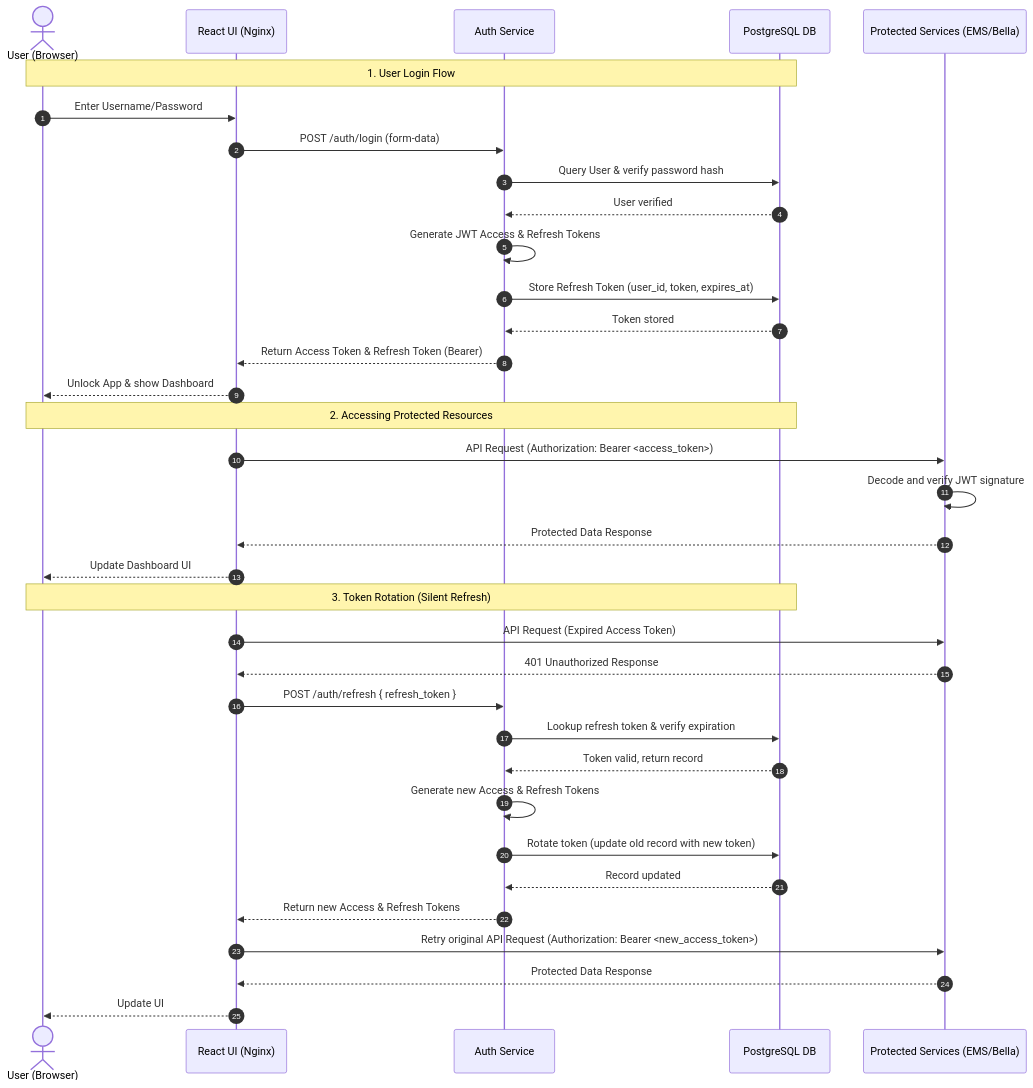
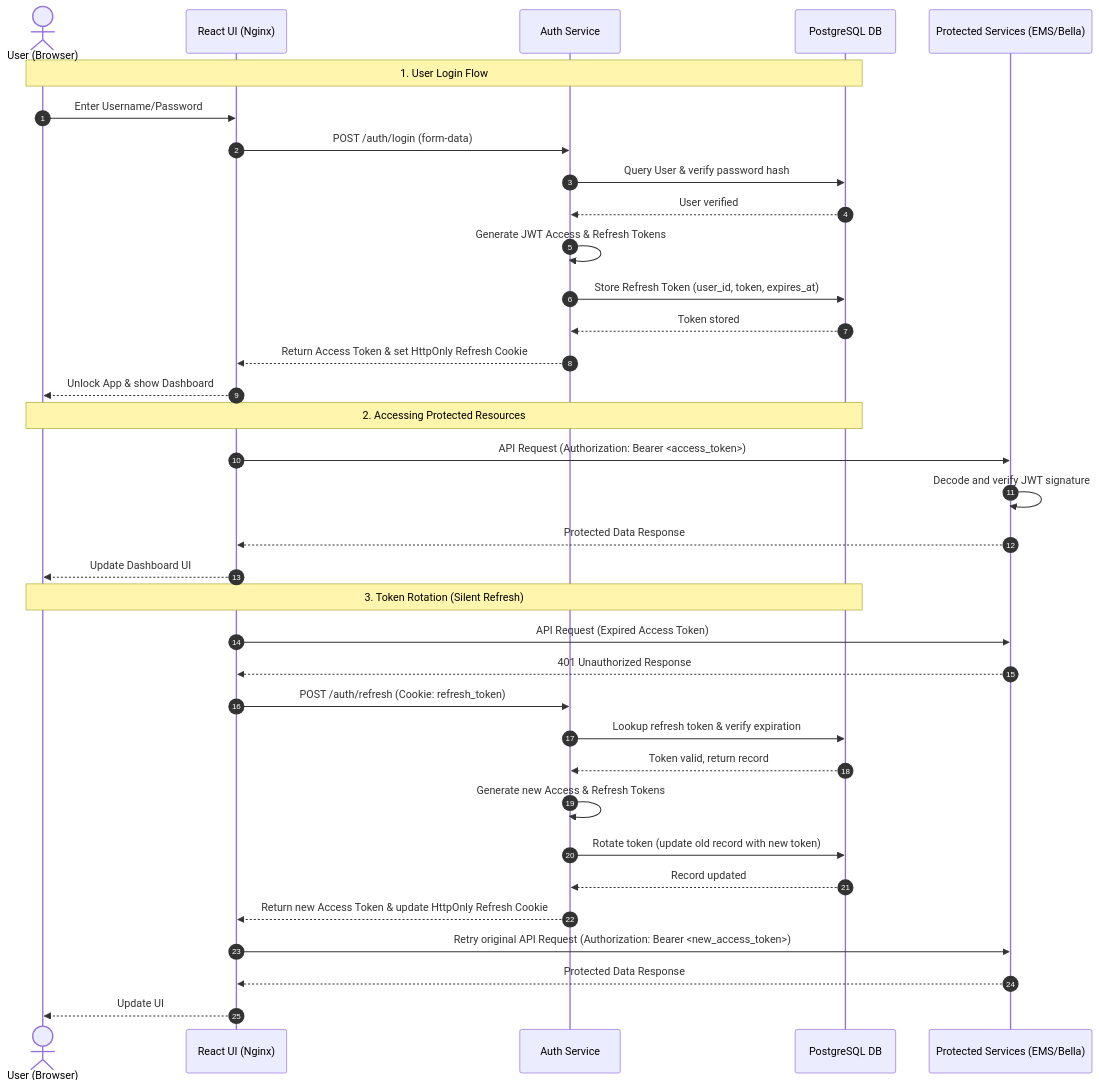
The diagram in docs/user/authentication-guide.md (shangar-t-a/bella-keys-personal-assist), drawn with Mermaid before and after one commit. The commit also changed 20 other files, not shown here.

Commit message:
Migrate Refresh Token to Cookie and Access Token to In-Memory Storage (#84)

````diff
--- a/docs/user/authentication-guide.md
+++ b/docs/user/authentication-guide.md
@@ -33,40 +33,40 @@
 ```mermaid
 sequenceDiagram
     autonumber
     actor User as User (Browser)
     participant UI as React UI (Nginx)
     participant Auth as Auth Service
     participant DB as PostgreSQL DB
     participant API as Protected Services (EMS/Bella)
 
     Note over User, DB: 1. User Login Flow
     User->>UI: Enter Username/Password
     UI->>Auth: POST /auth/login (form-data)
     Auth->>DB: Query User & verify password hash
     DB-->>Auth: User verified
     Auth->>Auth: Generate JWT Access & Refresh Tokens
     Auth->>DB: Store Refresh Token (user_id, token, expires_at)
     DB-->>Auth: Token stored
-    Auth-->>UI: Return Access Token & Refresh Token (Bearer)
+    Auth-->>UI: Return Access Token & set HttpOnly Refresh Cookie
     UI-->>User: Unlock App & show Dashboard
 
     Note over User, DB: 2. Accessing Protected Resources
     UI->>API: API Request (Authorization: Bearer <access_token>)
     API->>API: Decode and verify JWT signature
     API-->>UI: Protected Data Response
     UI-->>User: Update Dashboard UI
 
     Note over User, DB: 3. Token Rotation (Silent Refresh)
     UI->>API: API Request (Expired Access Token)
     API-->>UI: 401 Unauthorized Response
-    UI->>Auth: POST /auth/refresh { refresh_token }
+    UI->>Auth: POST /auth/refresh (Cookie: refresh_token)
     Auth->>DB: Lookup refresh token & verify expiration
     DB-->>Auth: Token valid, return record
     Auth->>Auth: Generate new Access & Refresh Tokens
     Auth->>DB: Rotate token (update old record with new token)
     DB-->>Auth: Record updated
-    Auth-->>UI: Return new Access & Refresh Tokens
+    Auth-->>UI: Return new Access Token & update HttpOnly Refresh Cookie
     UI->>API: Retry original API Request (Authorization: Bearer <new_access_token>)
     API-->>UI: Protected Data Response
     UI-->>User: Update UI
 ```
````
